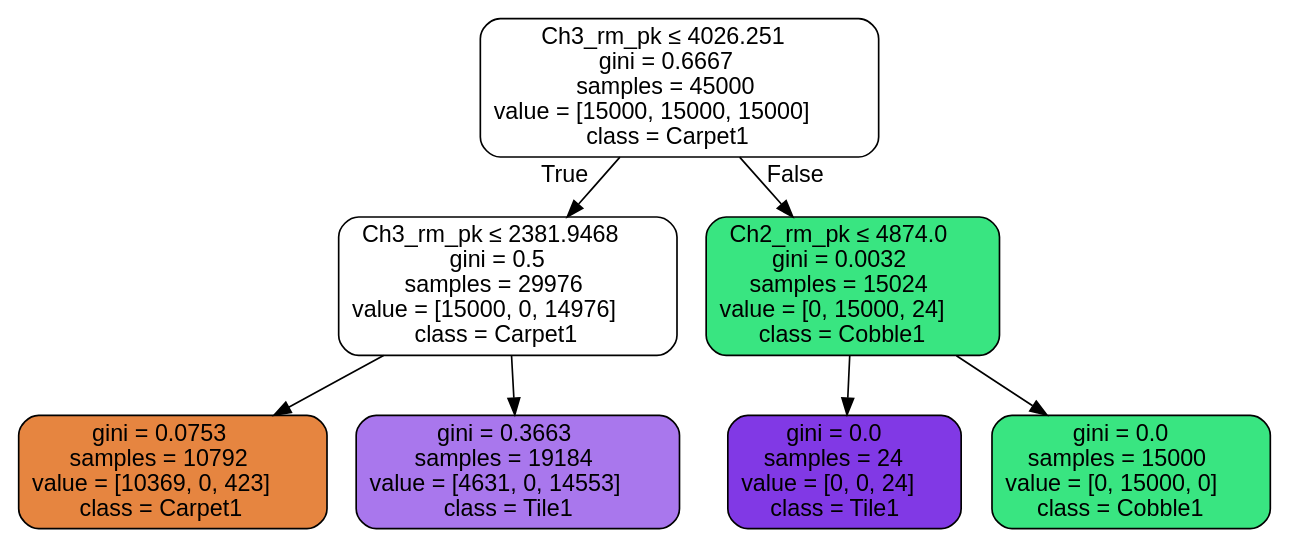
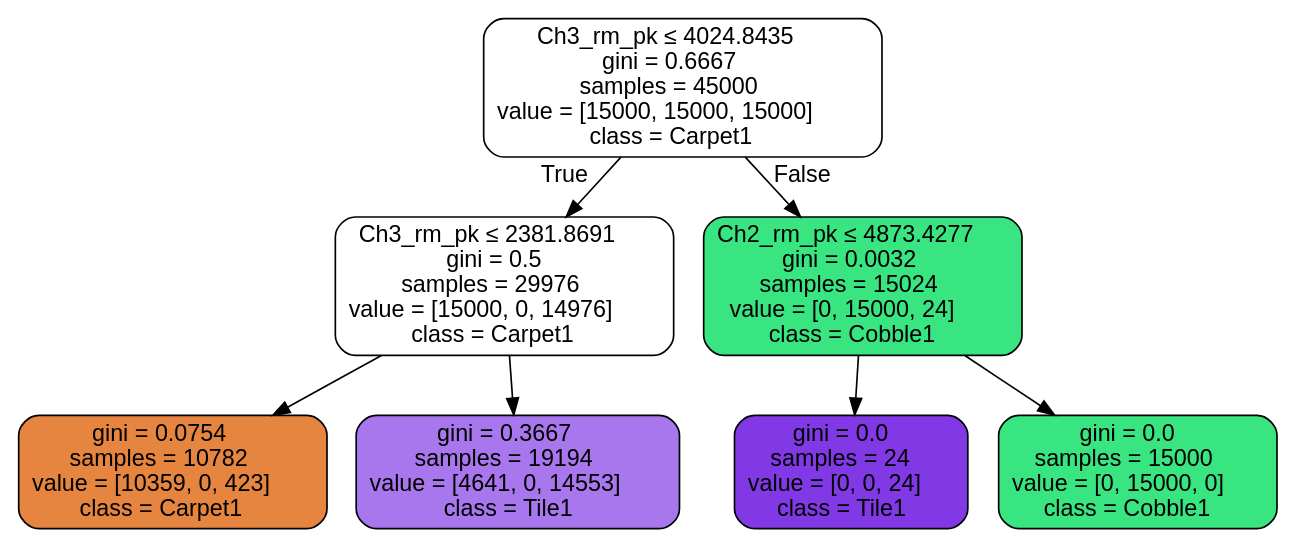
One commit to MoreCoffee12/AccelPlot changed the diagram in PythonScripts/None.dot. Above: the diagram before and after it, drawn with Graphviz. The commit also changed 7 other files, not shown here.

```diff
--- a/PythonScripts/None.dot
+++ b/PythonScripts/None.dot
@@ -1,17 +1,17 @@
 digraph Tree {
 node [shape=box, style="filled, rounded", color="black", fontname=helvetica] ;
 edge [fontname=helvetica] ;
-0 [label=<Ch3_rm_pk &le; 4026.251<br/>gini = 0.6667<br/>samples = 45000<br/>value = [15000, 15000, 15000]<br/>class = Carpet1>, fillcolor="#e5813900"] ;
-1 [label=<Ch3_rm_pk &le; 2381.9468<br/>gini = 0.5<br/>samples = 29976<br/>value = [15000, 0, 14976]<br/>class = Carpet1>, fillcolor="#e5813900"] ;
+0 [label=<Ch3_rm_pk &le; 4024.8435<br/>gini = 0.6667<br/>samples = 45000<br/>value = [15000, 15000, 15000]<br/>class = Carpet1>, fillcolor="#e5813900"] ;
+1 [label=<Ch3_rm_pk &le; 2381.8691<br/>gini = 0.5<br/>samples = 29976<br/>value = [15000, 0, 14976]<br/>class = Carpet1>, fillcolor="#e5813900"] ;
 0 -> 1 [labeldistance=2.5, labelangle=45, headlabel="True"] ;
-2 [label=<gini = 0.0753<br/>samples = 10792<br/>value = [10369, 0, 423]<br/>class = Carpet1>, fillcolor="#e58139f5"] ;
+2 [label=<gini = 0.0754<br/>samples = 10782<br/>value = [10359, 0, 423]<br/>class = Carpet1>, fillcolor="#e58139f5"] ;
 1 -> 2 ;
-3 [label=<gini = 0.3663<br/>samples = 19184<br/>value = [4631, 0, 14553]<br/>class = Tile1>, fillcolor="#8139e5ae"] ;
+3 [label=<gini = 0.3667<br/>samples = 19194<br/>value = [4641, 0, 14553]<br/>class = Tile1>, fillcolor="#8139e5ae"] ;
 1 -> 3 ;
-4 [label=<Ch2_rm_pk &le; 4874.0<br/>gini = 0.0032<br/>samples = 15024<br/>value = [0, 15000, 24]<br/>class = Cobble1>, fillcolor="#39e581ff"] ;
+4 [label=<Ch2_rm_pk &le; 4873.4277<br/>gini = 0.0032<br/>samples = 15024<br/>value = [0, 15000, 24]<br/>class = Cobble1>, fillcolor="#39e581ff"] ;
 0 -> 4 [labeldistance=2.5, labelangle=-45, headlabel="False"] ;
 5 [label=<gini = 0.0<br/>samples = 24<br/>value = [0, 0, 24]<br/>class = Tile1>, fillcolor="#8139e5ff"] ;
 4 -> 5 ;
 6 [label=<gini = 0.0<br/>samples = 15000<br/>value = [0, 15000, 0]<br/>class = Cobble1>, fillcolor="#39e581ff"] ;
 4 -> 6 ;
 }
```
